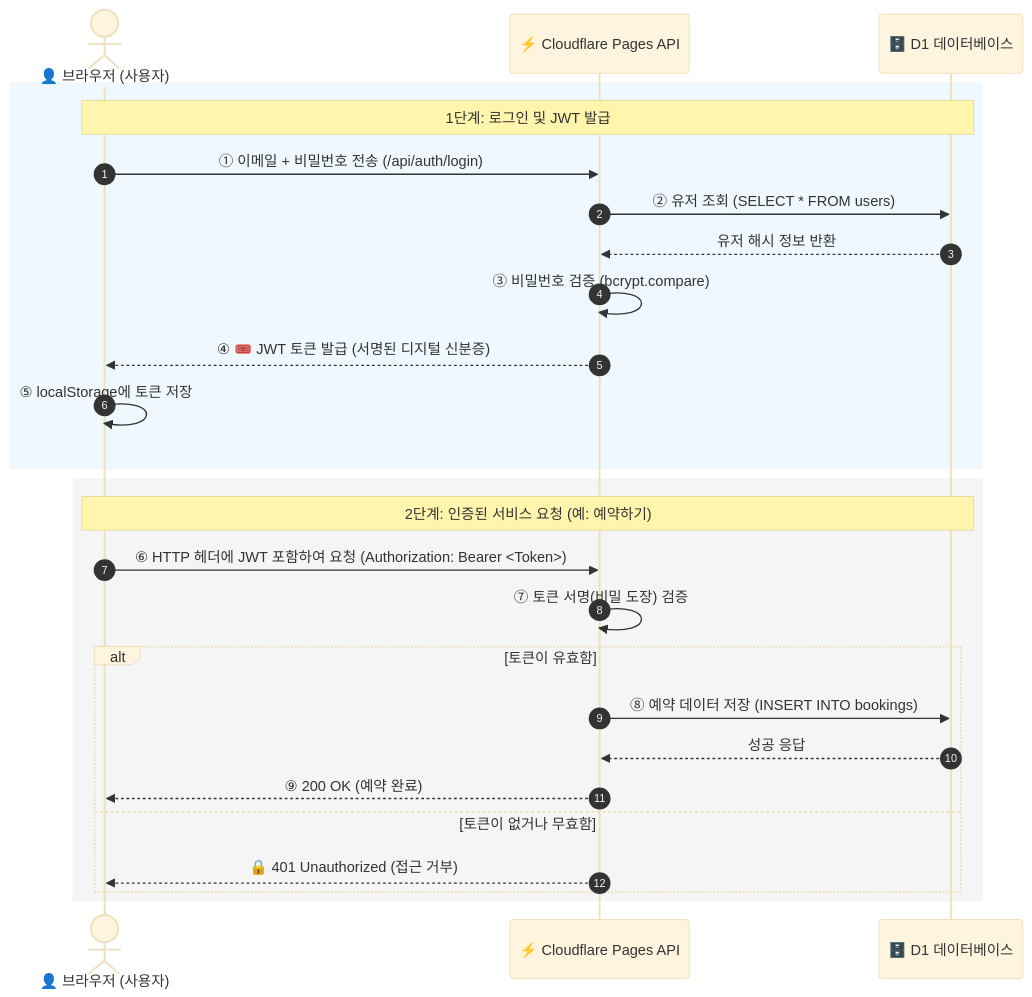
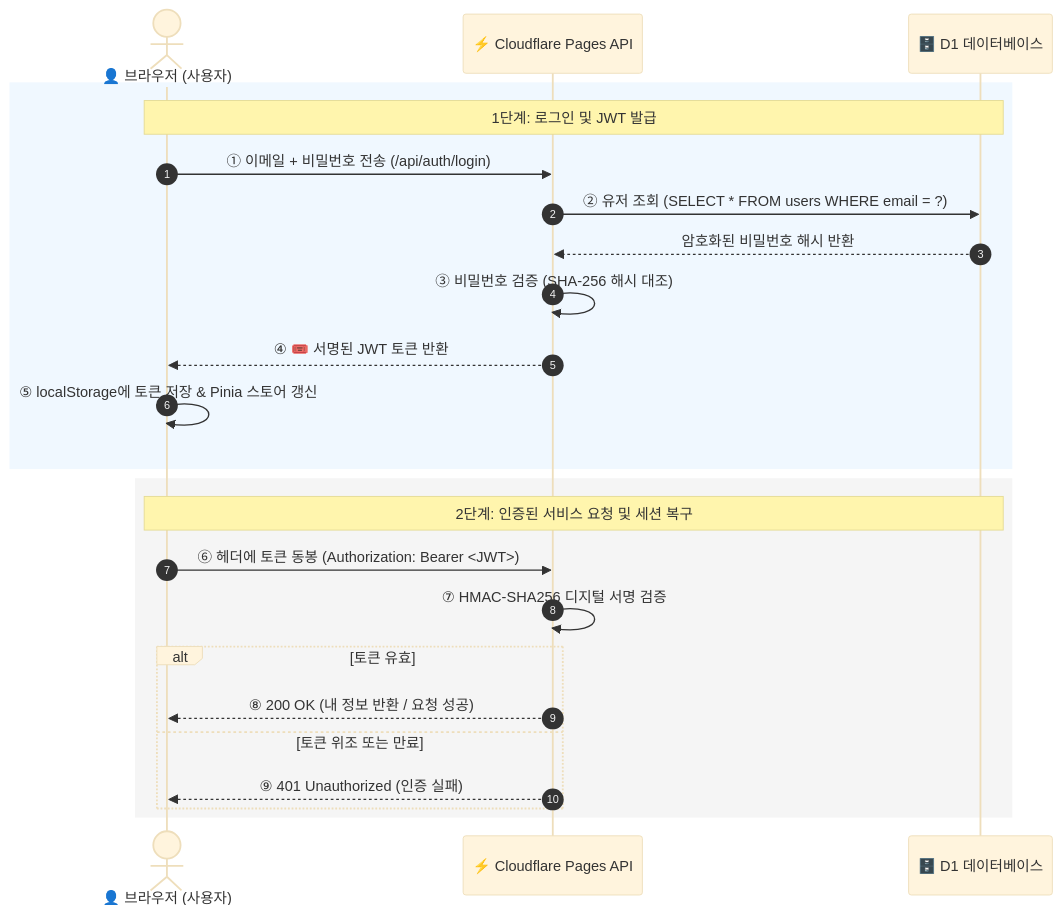
The diagram in 5_auth_jwt.md (JeongJun-Lee/web_dev2), drawn with Mermaid (base theme) before and after one commit. The commit also changed other lines of this file and 5 other files, not shown here.

````diff
--- a/5_auth_jwt.md
+++ b/5_auth_jwt.md
@@ -36,30 +39,28 @@
 ```mermaid
 sequenceDiagram
     autonumber
     actor User as 👤 브라우저 (사용자)
     participant Server as ⚡ Cloudflare Pages API
     participant DB as 🗄️ D1 데이터베이스
 
     rect rgb(240, 248, 255)
     Note over User,DB: 1단계: 로그인 및 JWT 발급
     User->>Server: ① 이메일 + 비밀번호 전송 (/api/auth/login)
-    Server->>DB: ② 유저 조회 (SELECT * FROM users)
-    DB-->>Server: 유저 해시 정보 반환
-    Server->>Server: ③ 비밀번호 검증 (bcrypt.compare)
-    Server-->>User: ④ 🎟️ JWT 토큰 발급 (서명된 디지털 신분증)
-    User->>User: ⑤ localStorage에 토큰 저장
+    Server->>DB: ② 유저 조회 (SELECT * FROM users WHERE email = ?)
+    DB-->>Server: 암호화된 비밀번호 해시 반환
+    Server->>Server: ③ 비밀번호 검증 (SHA-256 해시 대조)
+    Server-->>User: ④ 🎟️ 서명된 JWT 토큰 반환
+    User->>User: ⑤ localStorage에 토큰 저장 & Pinia 스토어 갱신
     end
 
     rect rgb(245, 245, 245)
-    Note over User,DB: 2단계: 인증된 서비스 요청 (예: 예약하기)
-    User->>Server: ⑥ HTTP 헤더에 JWT 포함하여 요청 (Authorization: Bearer <Token>)
-    Server->>Server: ⑦ 토큰 서명(비밀 도장) 검증
-    alt 토큰이 유효함
-        Server->>DB: ⑧ 예약 데이터 저장 (INSERT INTO bookings)
-        DB-->>Server: 성공 응답
-        Server-->>User: ⑨ 200 OK (예약 완료)
-    else 토큰이 없거나 무효함
-        Server-->>User: 🔒 401 Unauthorized (접근 거부)
+    Note over User,DB: 2단계: 인증된 서비스 요청 및 세션 복구
+    User->>Server: ⑥ 헤더에 토큰 동봉 (Authorization: Bearer <JWT>)
+    Server->>Server: ⑦ HMAC-SHA256 디지털 서명 검증
+    alt 토큰 유효
+        Server-->>User: ⑧ 200 OK (내 정보 반환 / 요청 성공)
+    else 토큰 위조 또는 만료
+        Server-->>User: ⑨ 401 Unauthorized (인증 실패)
     end
     end
 ```
````
